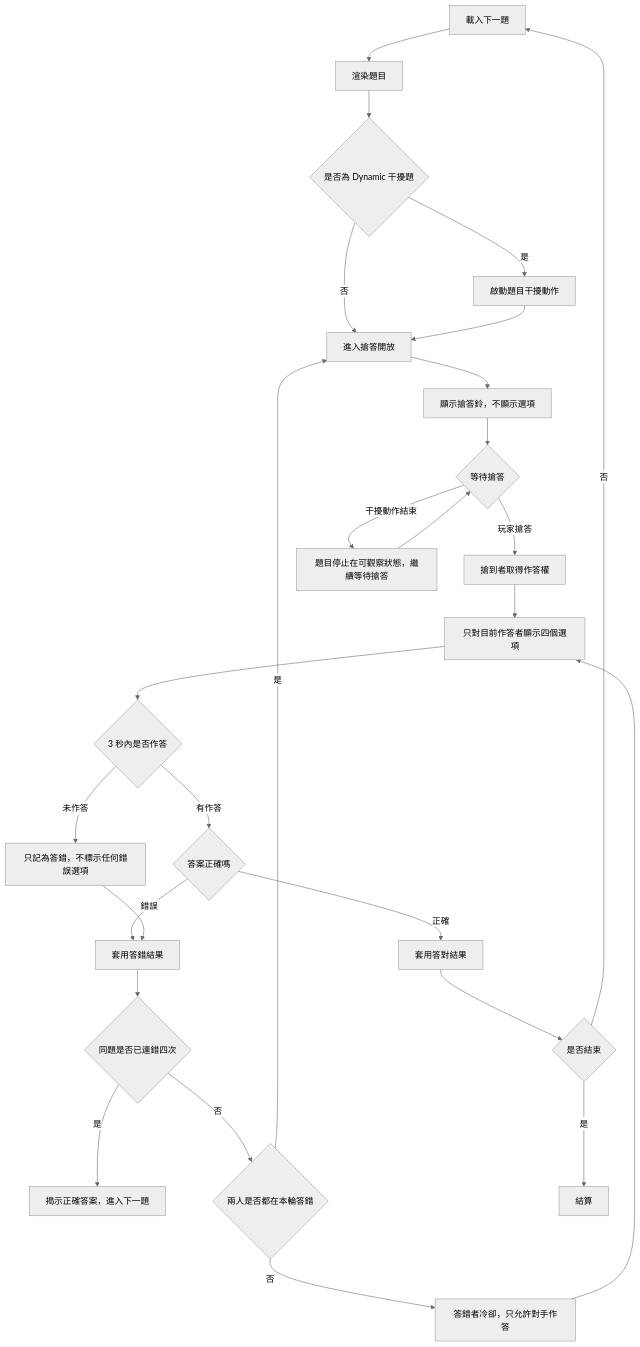
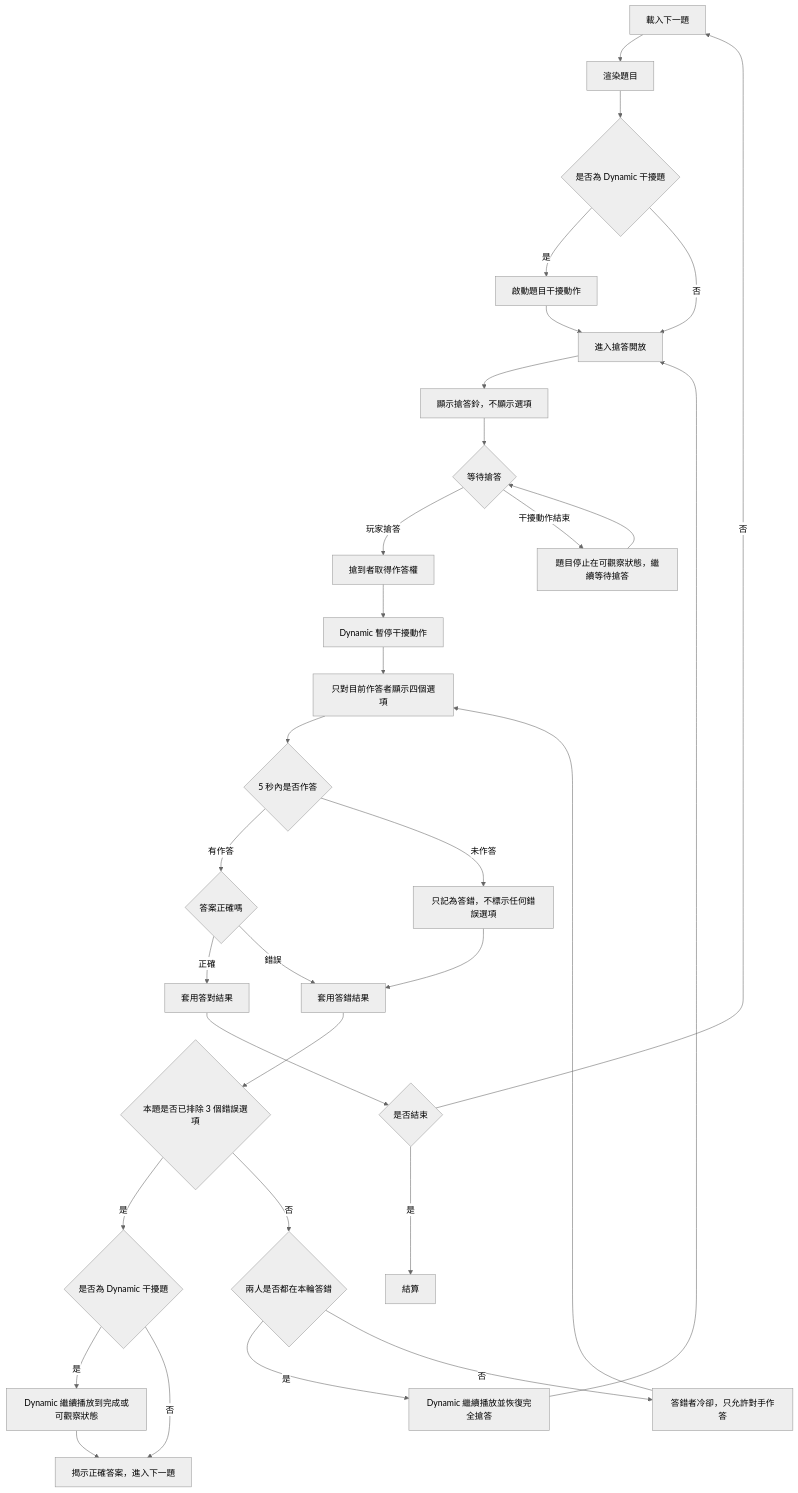
The third of 4 diagrams in README.md (gchlin/Organic-Sorting-Game), drawn with Mermaid (neutral theme) before and after one commit. The commit also changed other lines of this file, not shown here.

Commit message:
docs: refine mode flow rules

````diff
--- a/README.md
+++ b/README.md
@@ -87,29 +89,34 @@
 ```mermaid
 flowchart TD
   A[載入下一題] --> B[渲染題目]
   B --> C{是否為 Dynamic 干擾題}
   C -->|是| D[啟動題目干擾動作]
   C -->|否| E[進入搶答開放]
   D --> E
   E --> F[顯示搶答鈴，不顯示選項]
   F --> G{等待搶答}
   G -->|玩家搶答| H[搶到者取得作答權]
   G -->|干擾動作結束| I[題目停止在可觀察狀態，繼續等待搶答]
   I --> G
-  H --> J[只對目前作答者顯示四個選項]
-  J --> K{3 秒內是否作答}
+  H --> V[Dynamic 暫停干擾動作]
+  V --> J[只對目前作答者顯示四個選項]
+  J --> K{5 秒內是否作答}
   K -->|有作答| L{答案正確嗎}
   K -->|未作答| M[只記為答錯，不標示任何錯誤選項]
   L -->|正確| N[套用答對結果]
   L -->|錯誤| O[套用答錯結果]
   M --> O
-  O --> P{同題是否已連錯四次}
-  P -->|是| Q[揭示正確答案，進入下一題]
+  O --> P{本題是否已排除 3 個錯誤選項}
+  P -->|是| Y{是否為 Dynamic 干擾題}
+  Y -->|是| Q[Dynamic 繼續播放到完成或可觀察狀態]
+  Y -->|否| X[揭示正確答案，進入下一題]
+  Q --> X
   P -->|否| R{兩人是否都在本輪答錯}
-  R -->|是| E
+  R -->|是| W[Dynamic 繼續播放並恢復完全搶答]
+  W --> E
   R -->|否| S[答錯者冷卻，只允許對手作答]
   S --> J
   N --> T{是否結束}
   T -->|否| A
   T -->|是| U[結算]
 ```
````
